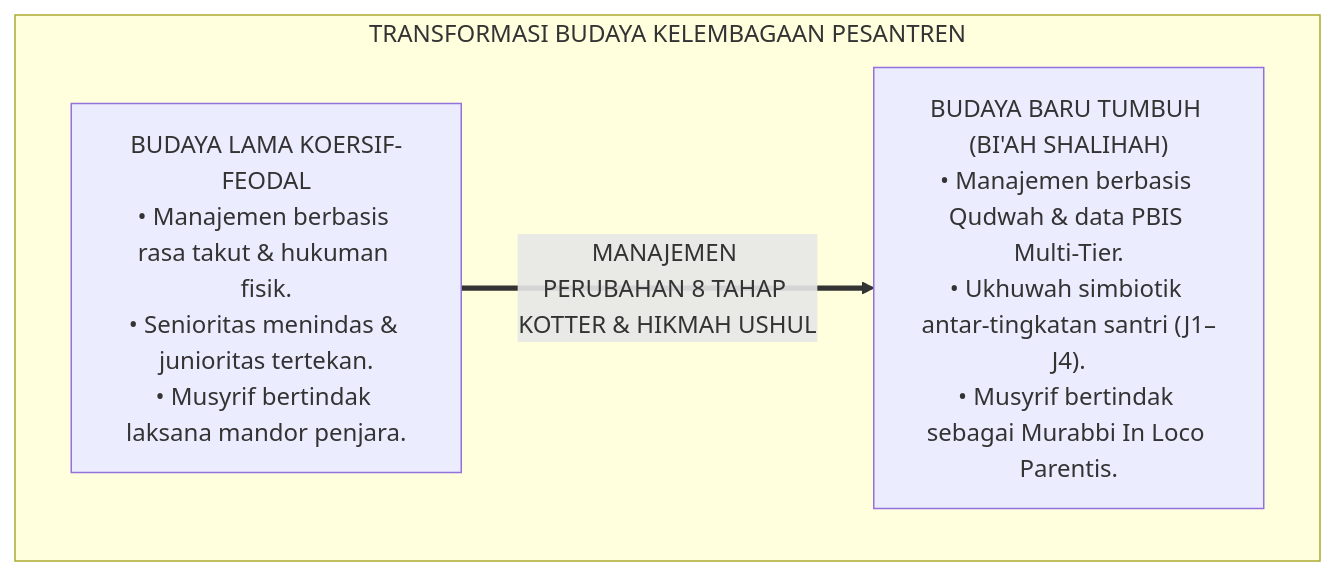
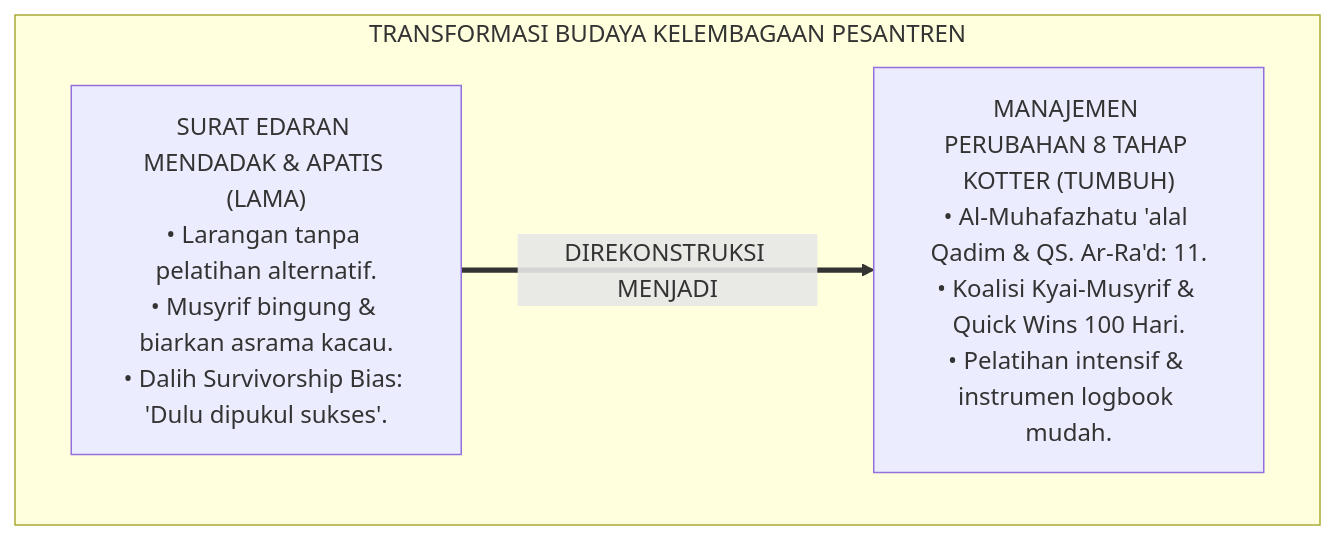
Before and after one commit to wandiapriliyandi/tumbuh: the first of 3 diagrams in 02 Principles/07 Implementation Principles/P2-07-01-Prinsip-Manajemen-Perubahan-Budaya-Pesantren.md, drawn with Mermaid. The commit also changed other lines of this file and 6 other files, not shown here.

````diff
--- a/02 Principles/07 Implementation Principles/P2-07-01-Prinsip-Manajemen-Perubahan-Budaya-Pesantren.md
+++ b/02 Principles/07 Implementation Principles/P2-07-01-Prinsip-Manajemen-Perubahan-Budaya-Pesantren.md
@@ -58,10 +57,10 @@
 ```mermaid
 flowchart TD
-    subgraph TransformasiBudayaPesantren["TRANSFORMASI BUDAYA KELEMBAGAAN PESANTREN"]
-        BudayaLama["BUDAYA LAMA KOERSIF-FEODAL<br/>• Manajemen berbasis rasa takut & hukuman fisik.<br/>• Senioritas menindas & junioritas tertekan.<br/>• Musyrif bertindak laksana mandor penjara."]
+    subgraph TransformasiManajemenPerubahan["TRANSFORMASI BUDAYA KELEMBAGAAN PESANTREN"]
+        PolaSporadisLama["SURAT EDARAN MENDADAK & APATIS (LAMA)<br/>• Larangan tanpa pelatihan alternatif.<br/>• Musyrif bingung & biarkan asrama kacau.<br/>• Dalih Survivorship Bias: 'Dulu dipukul sukses'."]
         
-        BudayaTUMBUH["BUDAYA BARU TUMBUH (BI'AH SHALIHAH)<br/>• Manajemen berbasis Qudwah & data PBIS Multi-Tier.<br/>• Ukhuwah simbiotik antar-tingkatan santri (J1–J4).<br/>• Musyrif bertindak sebagai Murabbi In Loco Parentis."]
+        PolaKotterTUMBUH["MANAJEMEN PERUBAHAN 8 TAHAP KOTTER (TUMBUH)<br/>• Al-Muhafazhatu 'alal Qadim & QS. Ar-Ra'd: 11.<br/>• Koalisi Kyai-Musyrif & Quick Wins 100 Hari.<br/>• Pelatihan intensif & instrumen logbook mudah."]
         
-        BudayaLama ==>|MANAJEMEN PERUBAHAN 8 TAHAP KOTTER & HIKMAH USHUL| BudayaTUMBUH
+        PolaSporadisLama ==>|DIREKONSTRUKSI MENJADI| PolaKotterTUMBUH
     end
 ```
````
